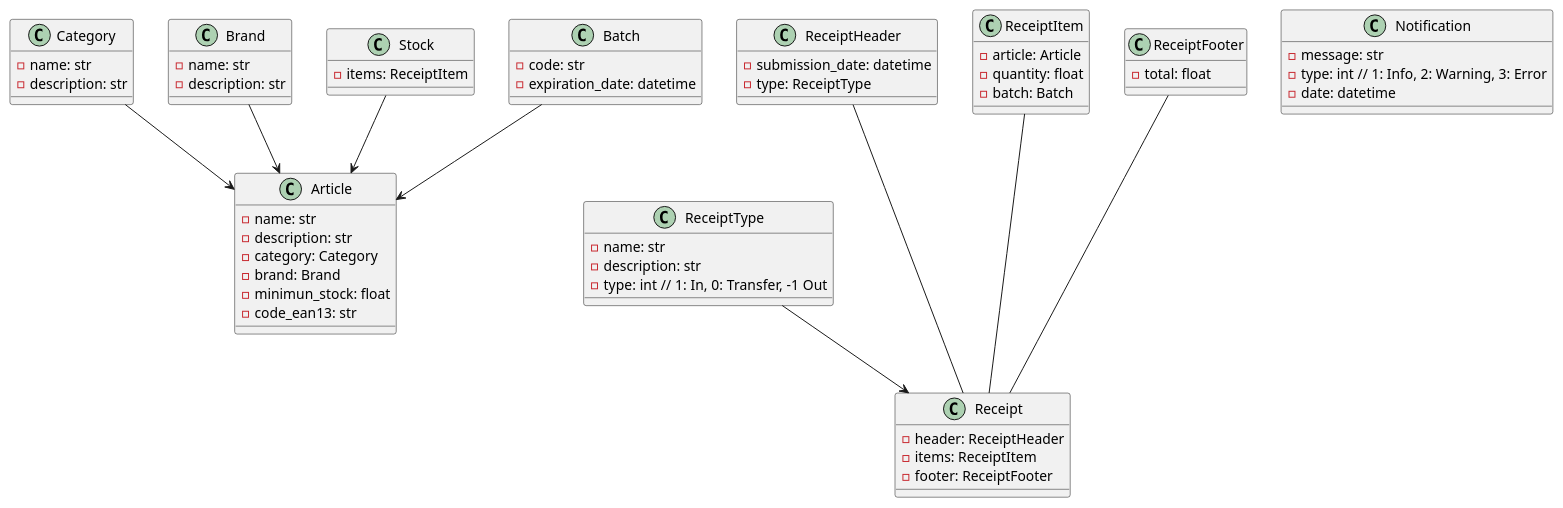
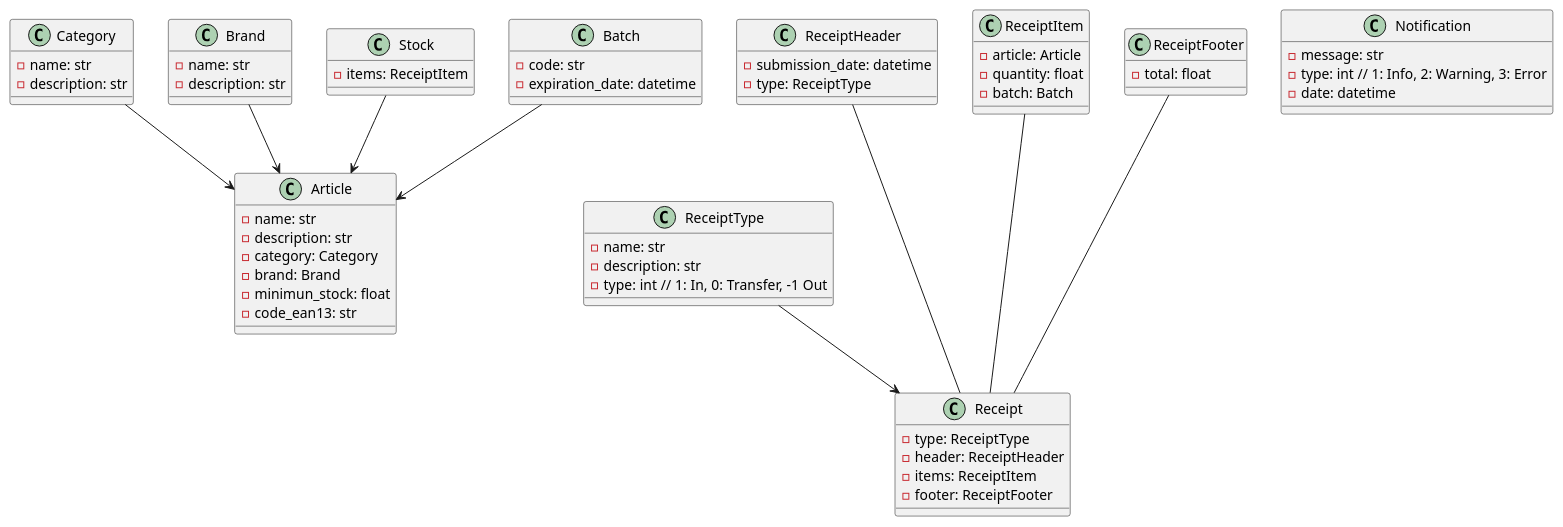
The diagram in docs/class_diagram.puml (ElielMato/gestion_system), drawn with PlantUML before and after one commit. The commit also changed 10 other files, not shown here.

Commit message:
#26 CRUD Receipt Type

```diff
--- a/docs/class_diagram.puml
+++ b/docs/class_diagram.puml
@@ -1,74 +1,75 @@
 @startuml ClassDiagram
 
 class Article {
     - name: str
     - description: str 
     - category: Category
     - brand: Brand
     - minimun_stock: float
     - code_ean13: str
 }
 
 class Category {
     - name: str
     - description: str
 }
 
 class Brand {
     - name: str
     - description: str
 }
 
 class Stock {
     - items: ReceiptItem
 }
 
 class ReceiptType {
     - name: str
     - description: str
     - type: int // 1: In, 0: Transfer, -1 Out
 }
 
 class ReceiptHeader {
     - submission_date: datetime
     - type: ReceiptType
 }
 
 class ReceiptItem {
     - article: Article
     - quantity: float
     - batch: Batch
 }
 
 class ReceiptFooter {
     - total: float
 }
 
 class Receipt {
+    - type: ReceiptType
     - header: ReceiptHeader
     - items: ReceiptItem
     - footer: ReceiptFooter
 }
 
 class Notification {
     - message: str
     - type: int // 1: Info, 2: Warning, 3: Error
     - date: datetime
 }
 
 class Batch {
     - code: str
     - expiration_date: datetime
 }
 
 Stock --> Article
 Brand --> Article
 Category --> Article
 Batch --> Article
 
 ReceiptType --> Receipt 
 ReceiptHeader --- Receipt
 ReceiptItem --- Receipt
 ReceiptFooter --- Receipt
 
 @enduml
```
